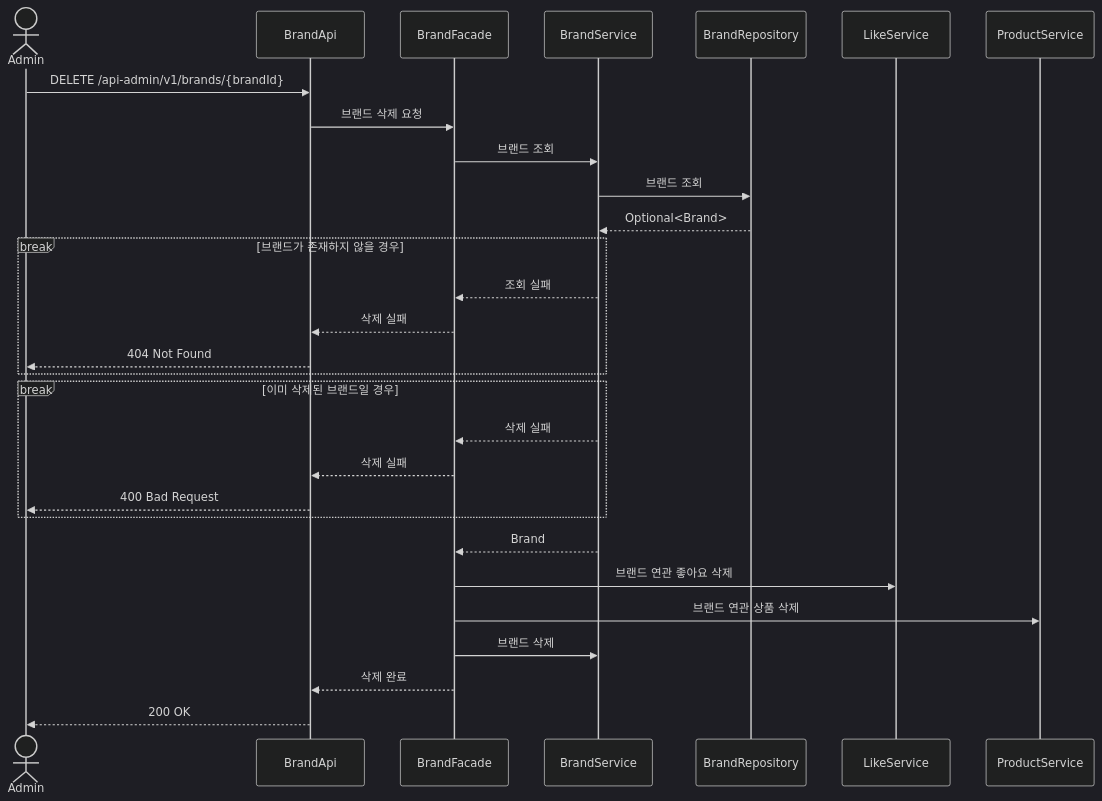
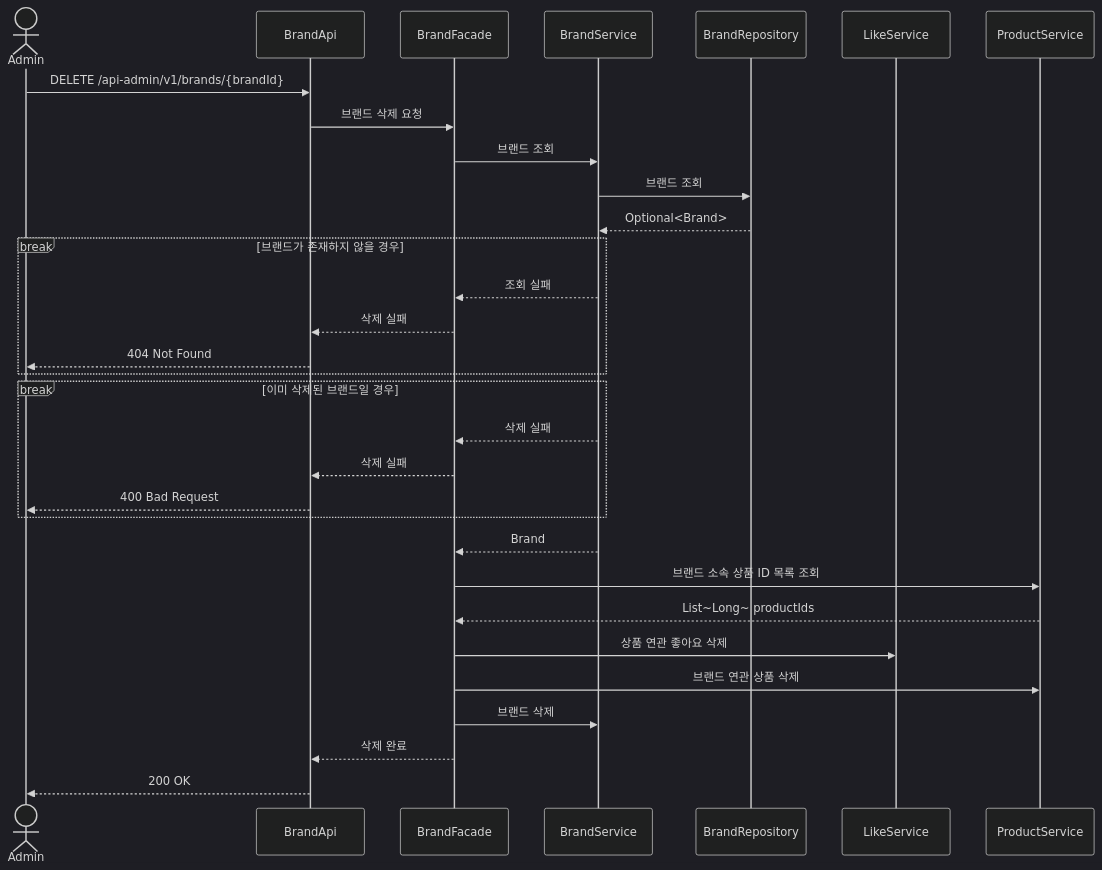
Before and after one commit to Loopers-dev-lab/loop-pack-be-l2-vol3-java: the seventh of 23 diagrams in .docs/design/02-sequence-diagrams.md, drawn with Mermaid (dark theme). The commit also changed other lines of this file and 2 other files, not shown here.

Commit message:
docs: ERD에 nullable 정보 추가 및 설계 문서 업데이트

````diff
--- a/.docs/design/02-sequence-diagrams.md
+++ b/.docs/design/02-sequence-diagrams.md
@@ -238,36 +238,38 @@
 ```mermaid
 sequenceDiagram
     actor Admin
     participant BrandApi
     participant BrandFacade
     participant BrandService
     participant BrandRepository
     participant LikeService
     participant ProductService
 
     Admin ->> BrandApi: DELETE /api-admin/v1/brands/{brandId}
     BrandApi ->> BrandFacade: 브랜드 삭제 요청
     BrandFacade ->> BrandService: 브랜드 조회
 
     BrandService ->> BrandRepository: 브랜드 조회
     BrandRepository -->> BrandService: Optional<Brand>
 
     break 브랜드가 존재하지 않을 경우
         BrandService -->> BrandFacade: 조회 실패
         BrandFacade -->> BrandApi: 삭제 실패
         BrandApi -->> Admin: 404 Not Found
     end
 
     break 이미 삭제된 브랜드일 경우
         BrandService -->> BrandFacade: 삭제 실패
         BrandFacade -->> BrandApi: 삭제 실패
         BrandApi -->> Admin: 400 Bad Request
     end
 
     BrandService -->> BrandFacade: Brand
-    BrandFacade ->> LikeService: 브랜드 연관 좋아요 삭제
+    BrandFacade ->> ProductService: 브랜드 소속 상품 ID 목록 조회
+    ProductService -->> BrandFacade: List~Long~ productIds
+    BrandFacade ->> LikeService: 상품 연관 좋아요 삭제
     BrandFacade ->> ProductService: 브랜드 연관 상품 삭제
     BrandFacade ->> BrandService: 브랜드 삭제
     BrandFacade -->> BrandApi: 삭제 완료
     BrandApi -->> Admin: 200 OK
 ```
````
